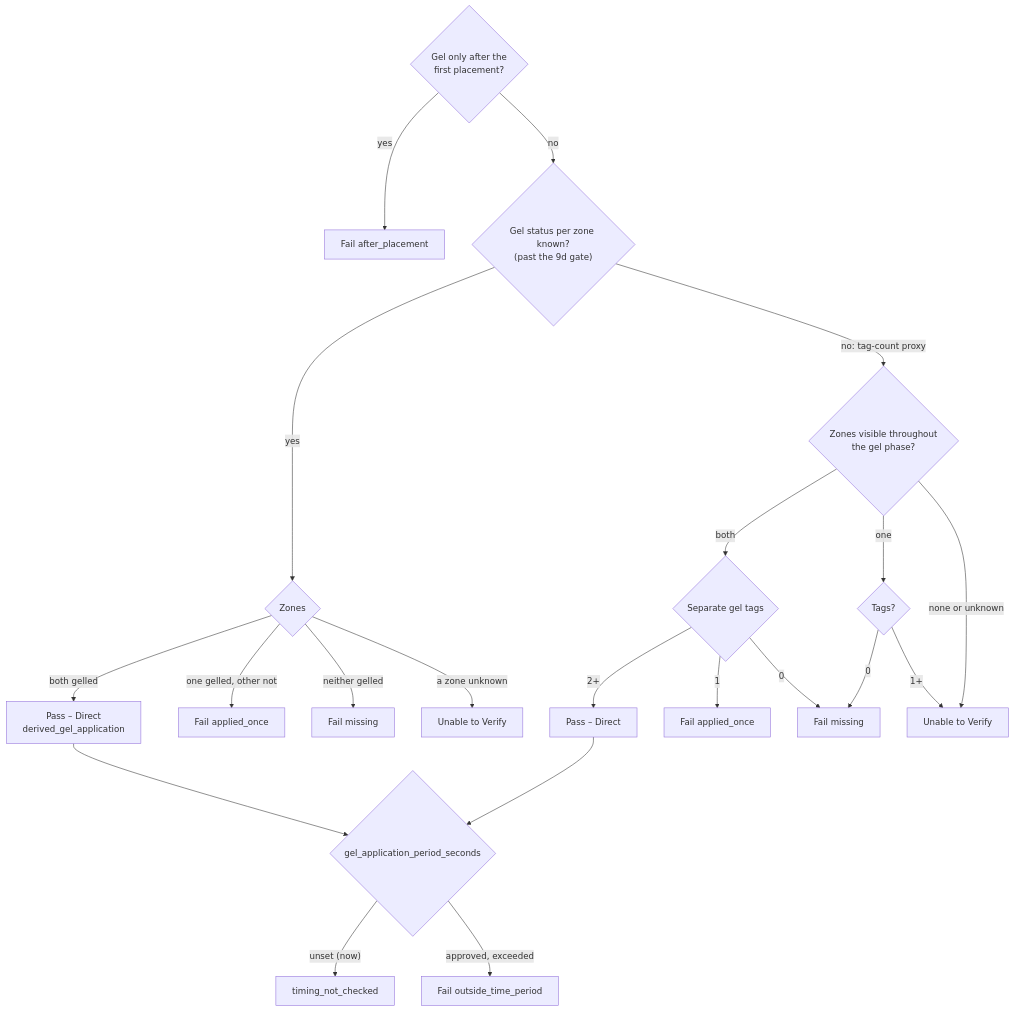
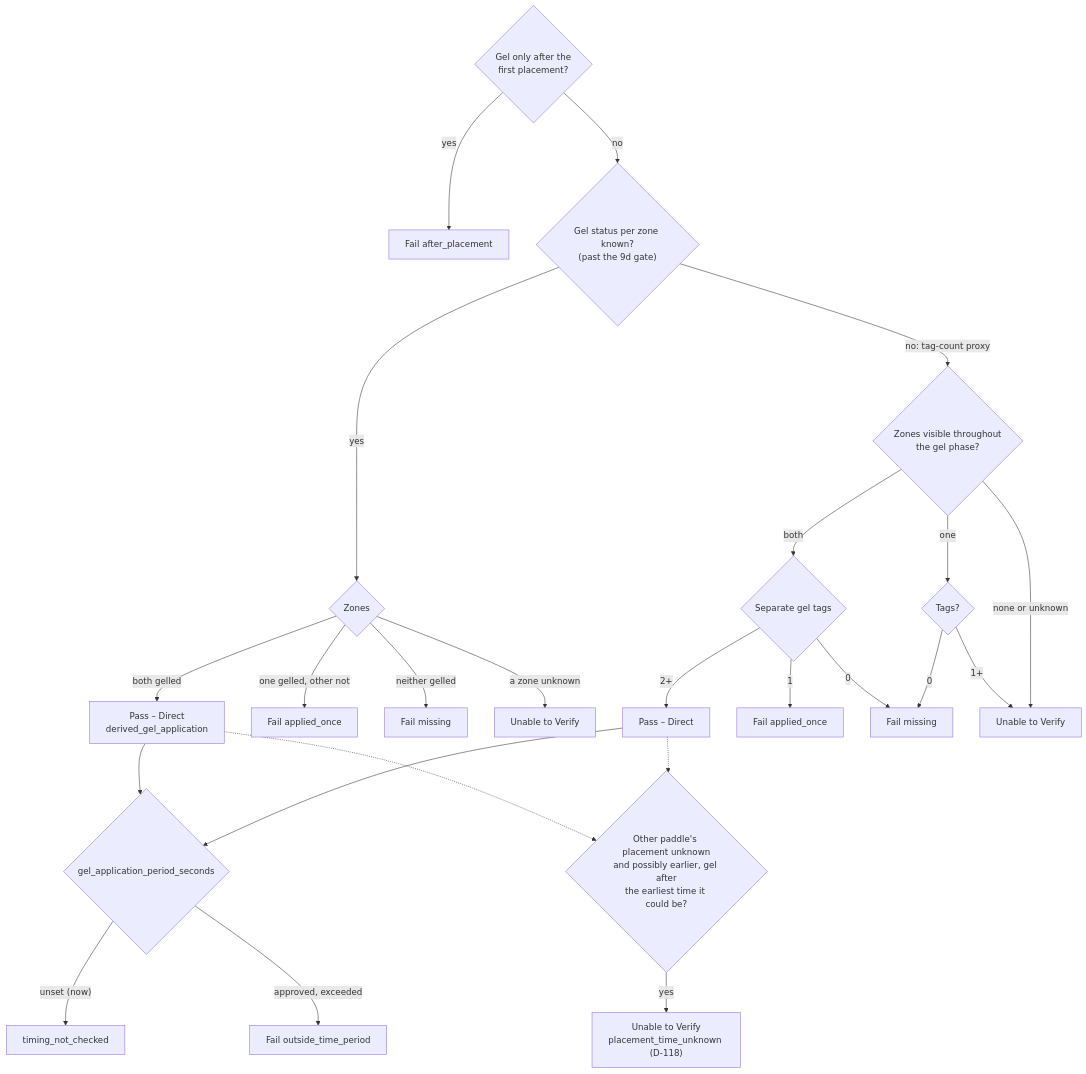
Before and after one commit to ananthu65/defibrillator_research: diagram 16 of 16 in docs/rule_engine/diagrams.md, drawn with Mermaid. The commit also changed other lines of this file and 24 other files, not shown here.

First line of the commit message:
Compute paddle time order from event times (D-118)

````diff
--- a/docs/rule_engine/diagrams.md
+++ b/docs/rule_engine/diagrams.md
@@ -405,23 +406,26 @@
 ```mermaid
 flowchart TD
     A{"Gel only after the<br/>first placement?"} -->|yes| F0["Fail after_placement"]
     A -->|no| G{"Gel status per zone known?<br/>(past the 9d gate)"}
     G -->|yes| Z{"Zones"}
     Z -->|both gelled| P1["Pass – Direct<br/>derived_gel_application"]
     Z -->|"one gelled, other not"| F1["Fail applied_once"]
     Z -->|neither gelled| F2["Fail missing"]
     Z -->|a zone unknown| U1["Unable to Verify"]
     G -->|"no: tag-count proxy"| V{"Zones visible throughout<br/>the gel phase?"}
     V -->|both| C{"Separate gel tags"}
     C -->|2+| P2["Pass – Direct"]
     C -->|1| F3["Fail applied_once"]
     C -->|0| F4["Fail missing"]
     V -->|one| C1{"Tags?"}
     C1 -->|0| F4
     C1 -->|1+| U2["Unable to Verify"]
     V -->|none or unknown| U2
     P1 --> T{"gel_application_period_seconds"}
     P2 --> T
     T -->|"unset (now)"| TN["timing_not_checked"]
     T -->|"approved, exceeded"| F5["Fail outside_time_period"]
+    P1 -.-> UO{"Other paddle's placement unknown<br/>and possibly earlier, gel after<br/>the earliest time it could be?"}
+    P2 -.-> UO
+    UO -->|yes| U3["Unable to Verify<br/>placement_time_unknown (D-118)"]
 ```
````
